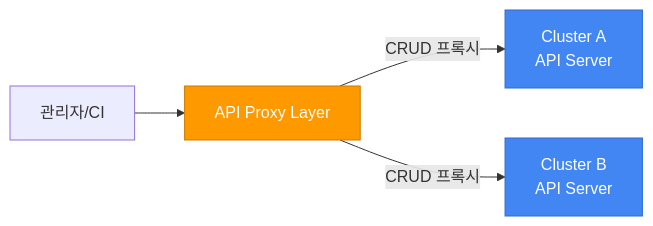
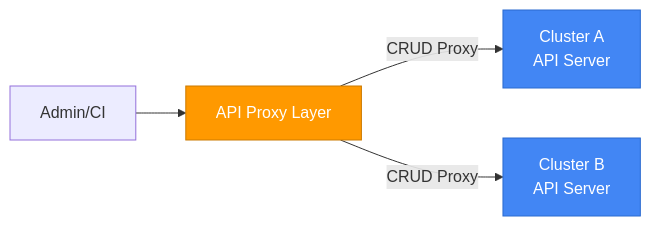
Before and after one commit to devfloor9/engineering-playbook: the first of 8 diagrams in docs/eks-best-practices/control-plane-scaling/cross-cluster-object-replication.md, drawn with Mermaid. The commit also changed other lines of this file and 954 other files, not shown here.

````diff
--- a/docs/eks-best-practices/control-plane-scaling/cross-cluster-object-replication.md
+++ b/docs/eks-best-practices/control-plane-scaling/cross-cluster-object-replication.md
@@ -52,10 +52,10 @@
 ```mermaid
 graph LR
-    CLIENT[관리자/CI] --> PROXY[API Proxy Layer]
-    PROXY --> |CRUD 프록시| C1[Cluster A<br/>API Server]
-    PROXY --> |CRUD 프록시| C2[Cluster B<br/>API Server]
+    CLIENT[Admin/CI] --> PROXY[API Proxy Layer]
+    PROXY --> |CRUD Proxy| C1[Cluster A<br/>API Server]
+    PROXY --> |CRUD Proxy| C2[Cluster B<br/>API Server]
 
     style PROXY fill:#ff9900,stroke:#cc7a00,color:#fff
     style C1 fill:#4286f4,stroke:#2a6acf,color:#fff
     style C2 fill:#4286f4,stroke:#2a6acf,color:#fff
 ```
````
